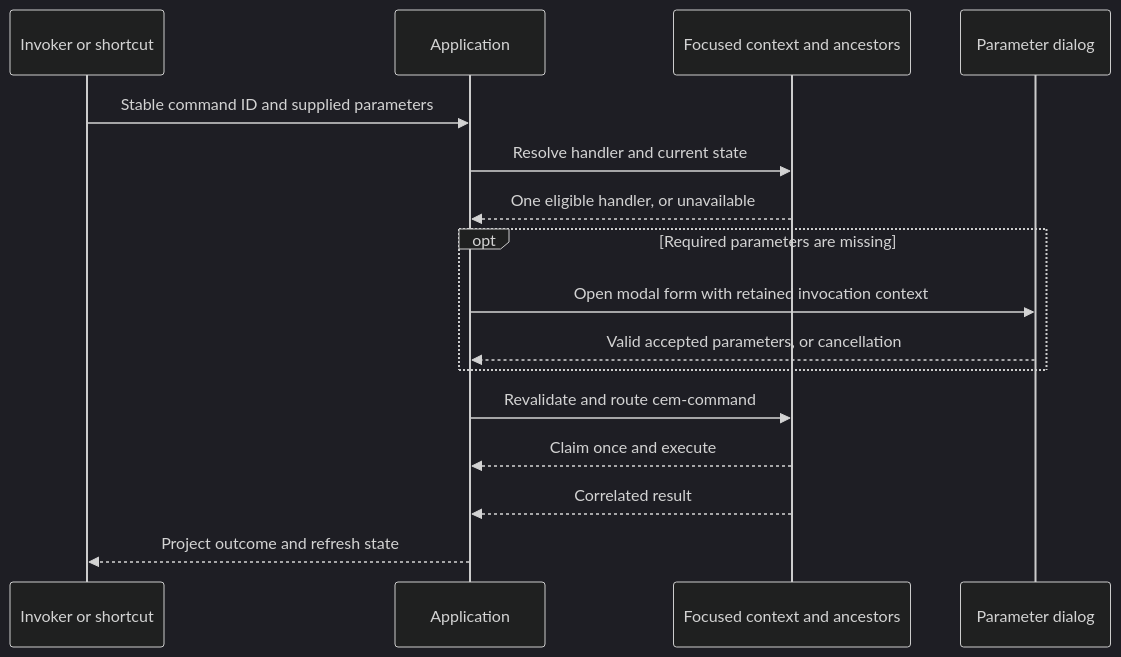
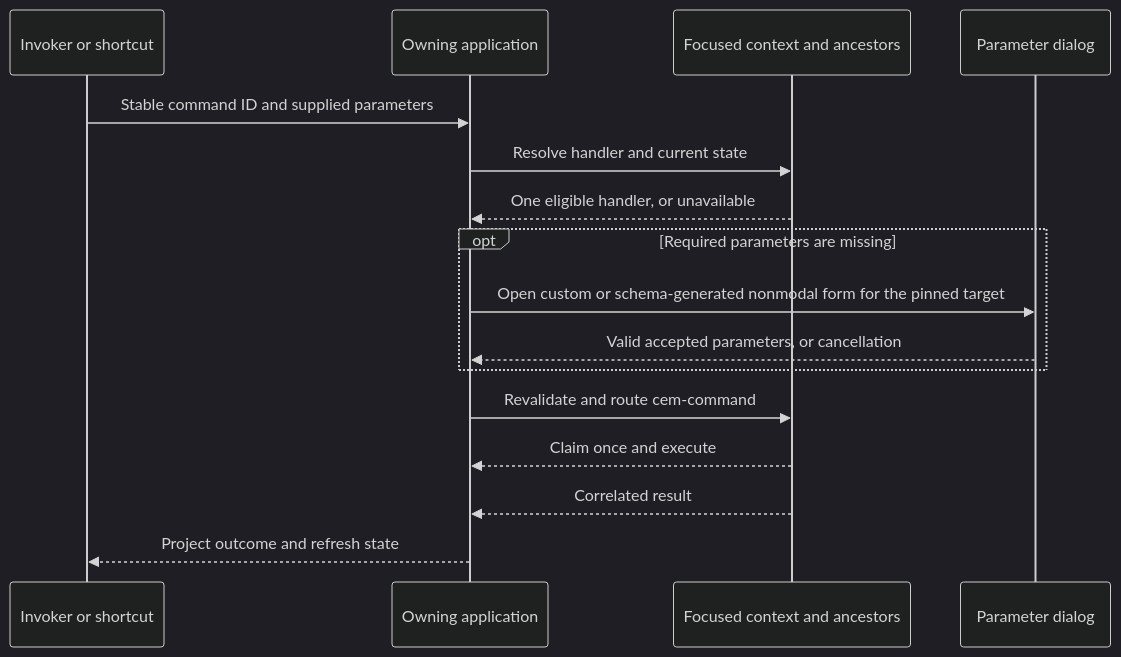
The diagram in packages/cem-components/docs/application.md (EPA-WG/cem), drawn with Mermaid (dark theme) before and after one commit. The commit also changed other lines of this file and 3 other files, not shown here.

````diff
--- a/packages/cem-components/docs/application.md
+++ b/packages/cem-components/docs/application.md
@@ -726,18 +726,18 @@
 ```mermaid
 sequenceDiagram
     participant I as Invoker or shortcut
-    participant A as Application
+    participant A as Owning application
     participant C as Focused context and ancestors
     participant D as Parameter dialog
     I->>A: Stable command ID and supplied parameters
     A->>C: Resolve handler and current state
     C-->>A: One eligible handler, or unavailable
     opt Required parameters are missing
-        A->>D: Open modal form with retained invocation context
+        A->>D: Open custom or schema-generated nonmodal form for the pinned target
         D-->>A: Valid accepted parameters, or cancellation
     end
     A->>C: Revalidate and route cem-command
     C-->>A: Claim once and execute
     C-->>A: Correlated result
     A-->>I: Project outcome and refresh state
 ```
````
